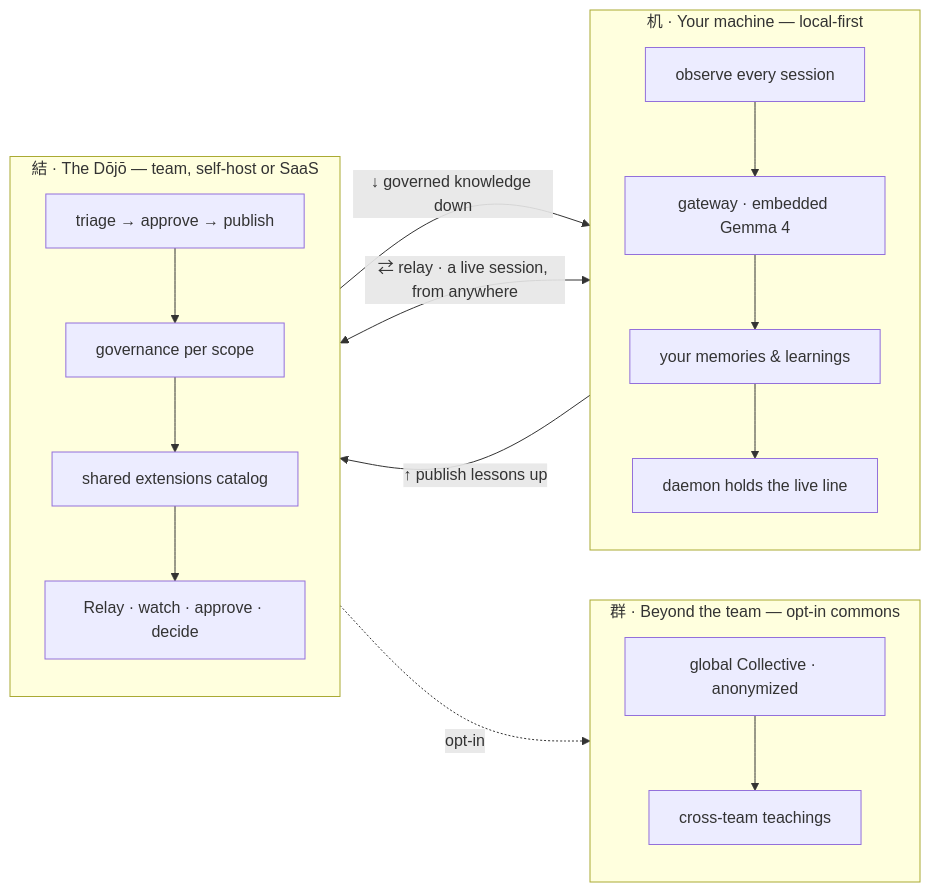
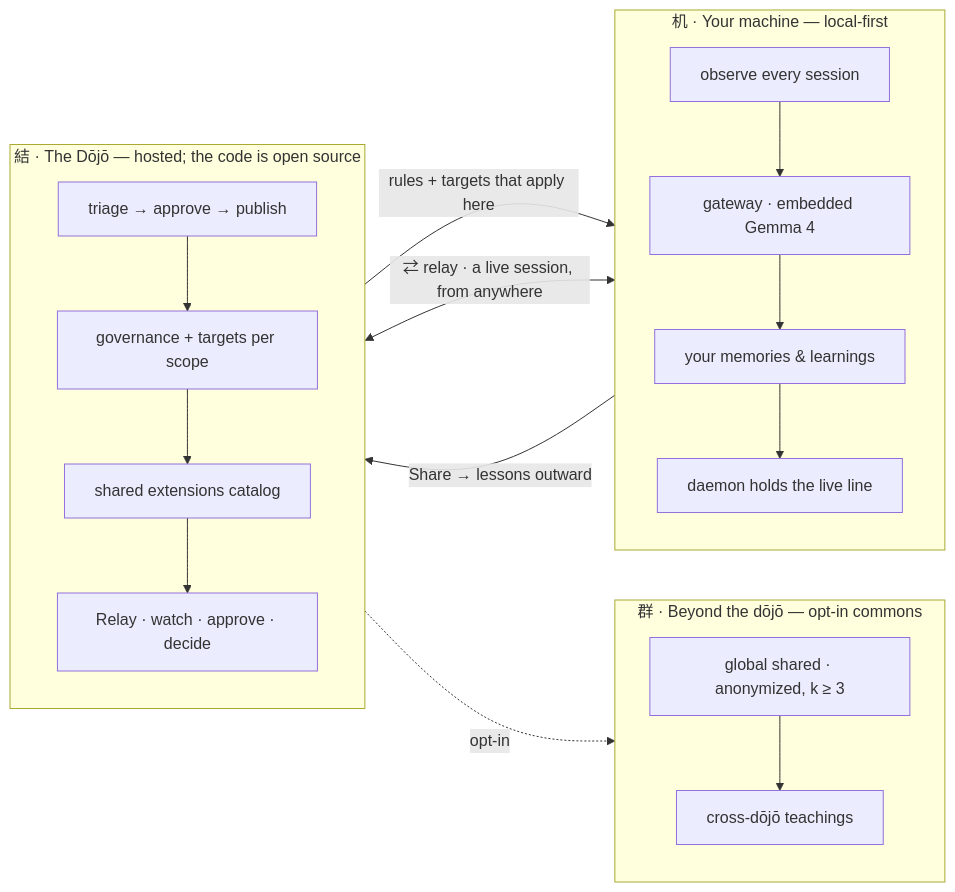
Before and after one commit to sensei-hq/sensei: the first of 3 diagrams in docs/journeys/README.md, drawn with Mermaid. The commit also changed other lines of this file and 49 other files, not shown here.

````diff
--- a/docs/journeys/README.md
+++ b/docs/journeys/README.md
@@ -18,23 +19,23 @@
 ```mermaid
 flowchart LR
     subgraph M["机 · Your machine — local-first"]
         direction TB
         m1[observe every session] --> m2[gateway · embedded Gemma 4]
         m2 --> m3[your memories &amp; learnings]
         m3 --> m4[daemon holds the live line]
     end
-    subgraph D["結 · The Dōjō — team, self-host or SaaS"]
+    subgraph D["結 · The Dōjō — hosted; the code is open source"]
         direction TB
-        d1[triage → approve → publish] --> d2[governance per scope]
+        d1[triage → approve → publish] --> d2[governance + targets per scope]
         d2 --> d3[shared extensions catalog]
         d3 --> d4[Relay · watch · approve · decide]
     end
-    subgraph B["群 · Beyond the team — opt-in commons"]
+    subgraph B["群 · Beyond the dōjō — opt-in commons"]
         direction TB
-        b1[global Collective · anonymized] --> b2[cross-team teachings]
+        b1[global shared · anonymized, k ≥ 3] --> b2[cross-dōjō teachings]
     end
-    M -->|↑ publish lessons up| D
-    D -->|↓ governed knowledge down| M
+    M -->|Share → lessons outward| D
+    D -->|rules + targets that apply here| M
     D <-->|⇄ relay · a live session, from anywhere| M
     D -.->|opt-in| B
 ```
````
